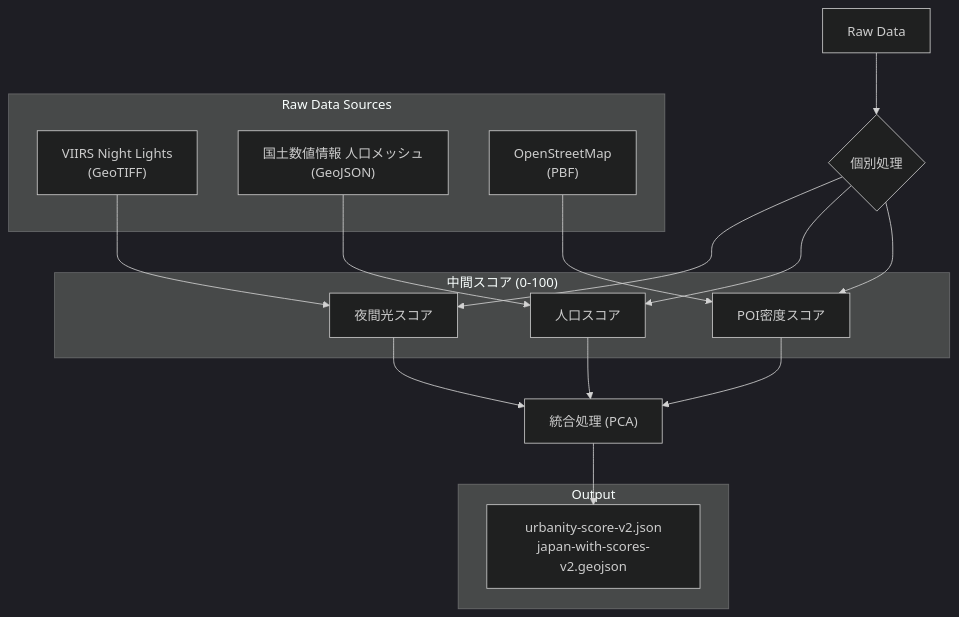
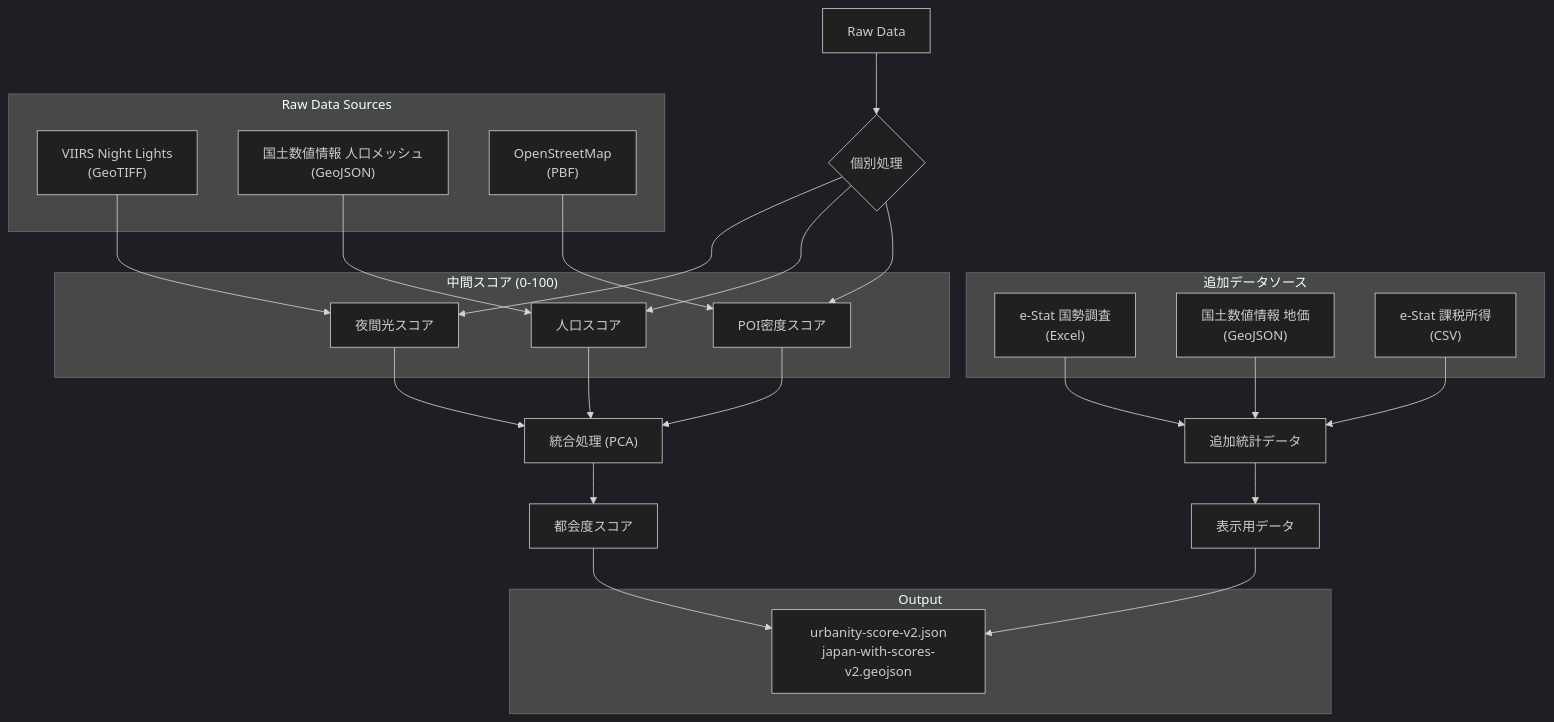
The diagram in docs/URBANITY_ALGORITHM.md (snp-model/urbanity-map), drawn with Mermaid (dark theme) before and after one commit. The commit also changed other lines of this file and 17 other files, not shown here.

Commit message:
feat: Introduce new data sources and processing scripts for urbanity score calculation and update related documentation.

````diff
--- a/docs/URBANITY_ALGORITHM.md
+++ b/docs/URBANITY_ALGORITHM.md
@@ -15,29 +19,42 @@
 ```mermaid
 graph TD
     A[Raw Data] --> B{個別処理}
     B --> C[夜間光スコア]
     B --> D[人口スコア]
     B --> E[POI密度スコア]
     C & D & E --> F["統合処理 (PCA)"]
-    F --> G[最終成果物]
+    F --> G[都会度スコア]
+
+    H[追加統計データ] --> I[表示用データ]
+    G --> J[最終成果物]
+    I --> J
 
     subgraph "Raw Data Sources"
         R1["VIIRS Night Lights<br>(GeoTIFF)"]
         R2["国土数値情報 人口メッシュ<br>(GeoJSON)"]
         R3["OpenStreetMap<br>(PBF)"]
+    end
+
+    subgraph "追加データソース"
+        S1["e-Stat 国勢調査<br>(Excel)"]
+        S2["国土数値情報 地価<br>(GeoJSON)"]
+        S3["e-Stat 課税所得<br>(CSV)"]
     end
 
     subgraph "中間スコア (0-100)"
         C
         D
         E
     end
 
     subgraph "Output"
-        G[urbanity-score-v2.json<br>japan-with-scores-v2.geojson]
+        J[urbanity-score-v2.json<br>japan-with-scores-v2.geojson]
     end
 
     R1 --> C
     R2 --> D
     R3 --> E
+    S1 --> H
+    S2 --> H
+    S3 --> H
 ```
````
